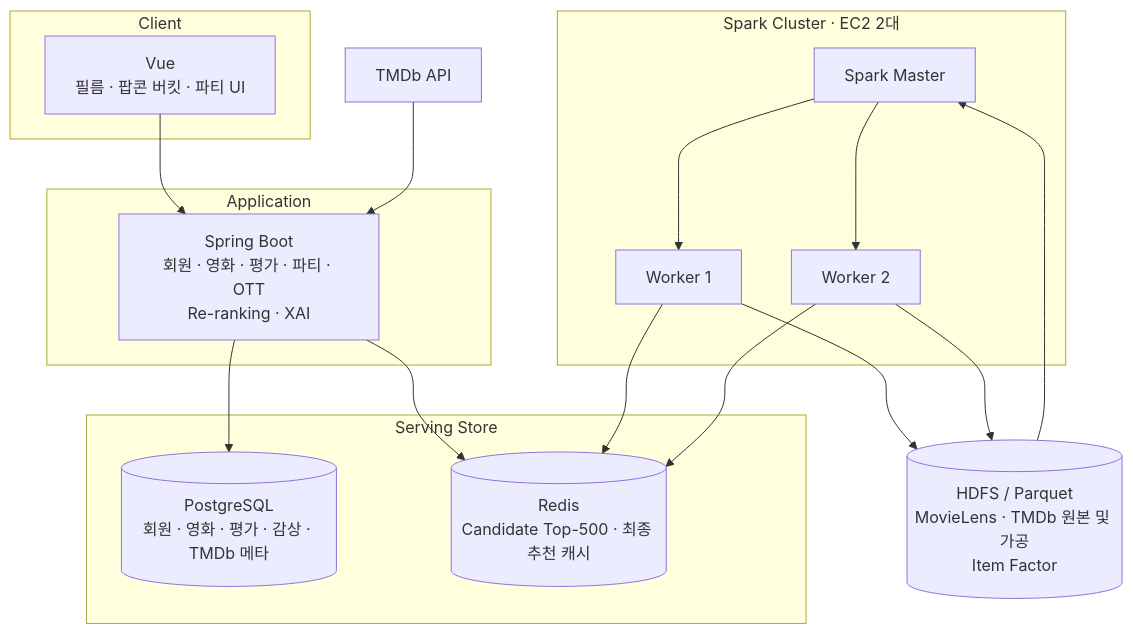
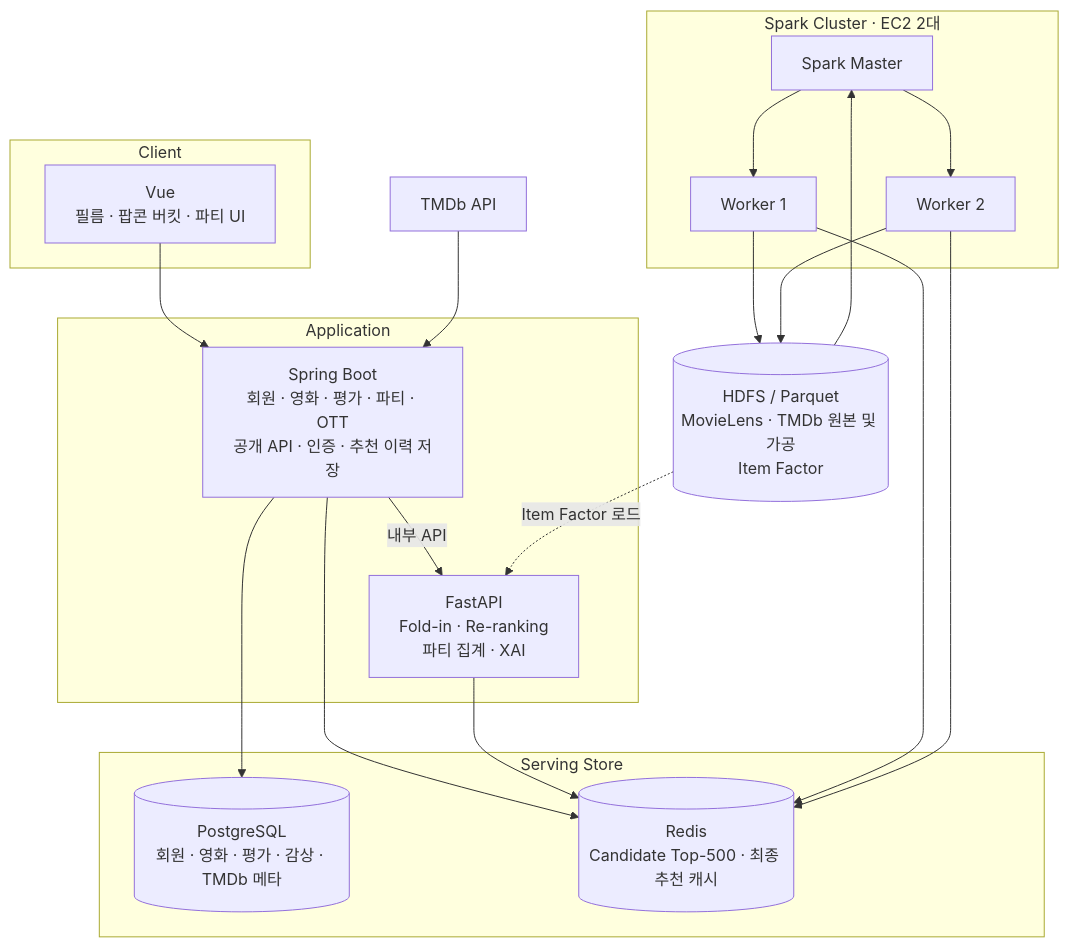
One commit to koongya-studio/feelm changed the second of 3 diagrams in README.md. Above: the diagram before and after it, drawn with Mermaid. The commit also changed other lines of this file and 1 other file, not shown here.

````diff
--- a/README.md
+++ b/README.md
@@ -254,36 +254,40 @@
 ```mermaid
 flowchart TB
     subgraph CLIENT["Client"]
         FE["Vue<br/>필름 · 팝콘 버킷 · 파티 UI"]
     end
 
     subgraph APP["Application"]
-        BE["Spring Boot<br/>회원 · 영화 · 평가 · 파티 · OTT<br/>Re-ranking · XAI"]
+        BE["Spring Boot<br/>회원 · 영화 · 평가 · 파티 · OTT<br/>공개 API · 인증 · 추천 이력 저장"]
+        RS["FastAPI<br/>Fold-in · Re-ranking<br/>파티 집계 · XAI"]
     end
 
     subgraph STORE["Serving Store"]
         PG[("PostgreSQL<br/>회원 · 영화 · 평가 · 감상 · TMDb 메타")]
         RD[("Redis<br/>Candidate Top-500 · 최종 추천 캐시")]
     end
 
     subgraph SPARK["Spark Cluster · EC2 2대"]
         SM["Spark Master"]
         W1["Worker 1"]
         W2["Worker 2"]
     end
 
     LAKE[("HDFS / Parquet<br/>MovieLens · TMDb 원본 및 가공<br/>Item Factor")]
     TMDB["TMDb API"]
 
     FE --> BE
     BE --> PG
     BE --> RD
+    BE -->|"내부 API"| RS
+    RS --> RD
+    LAKE -.->|"Item Factor 로드"| RS
     TMDB --> BE
     LAKE --> SM
     SM --> W1
     SM --> W2
     W1 --> RD
     W2 --> RD
     W1 --> LAKE
     W2 --> LAKE
 ```
````
